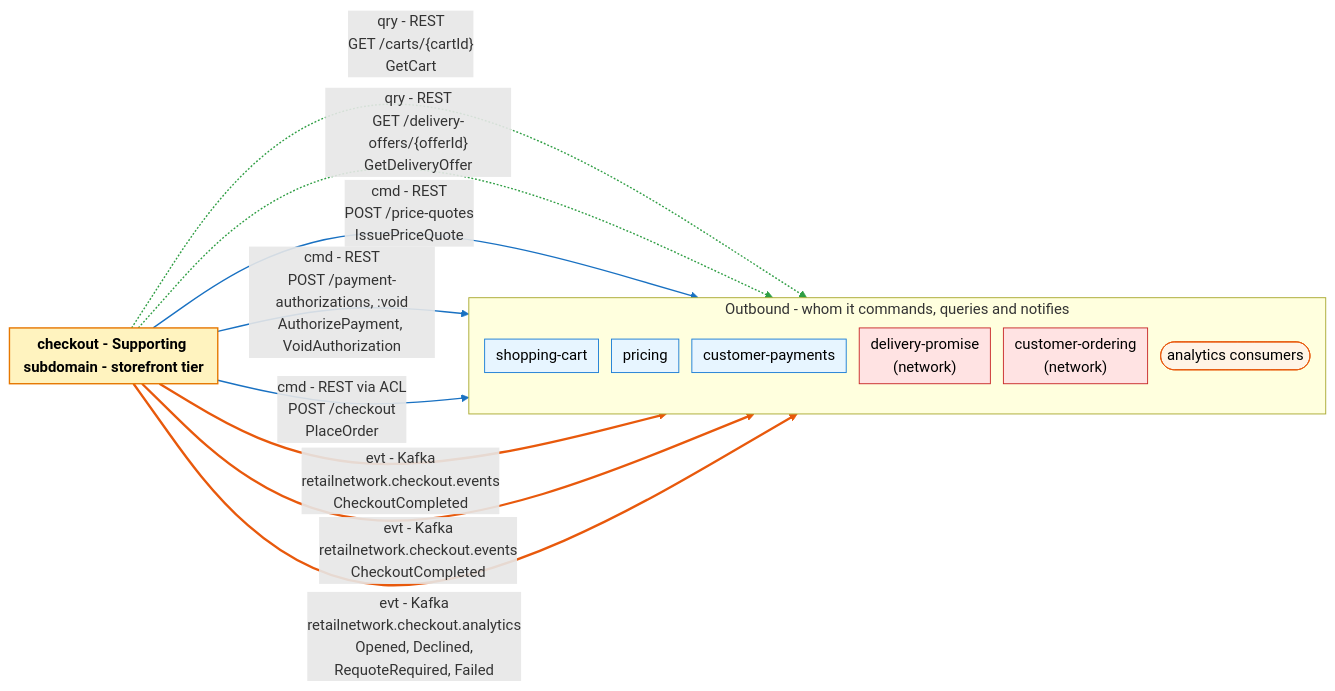
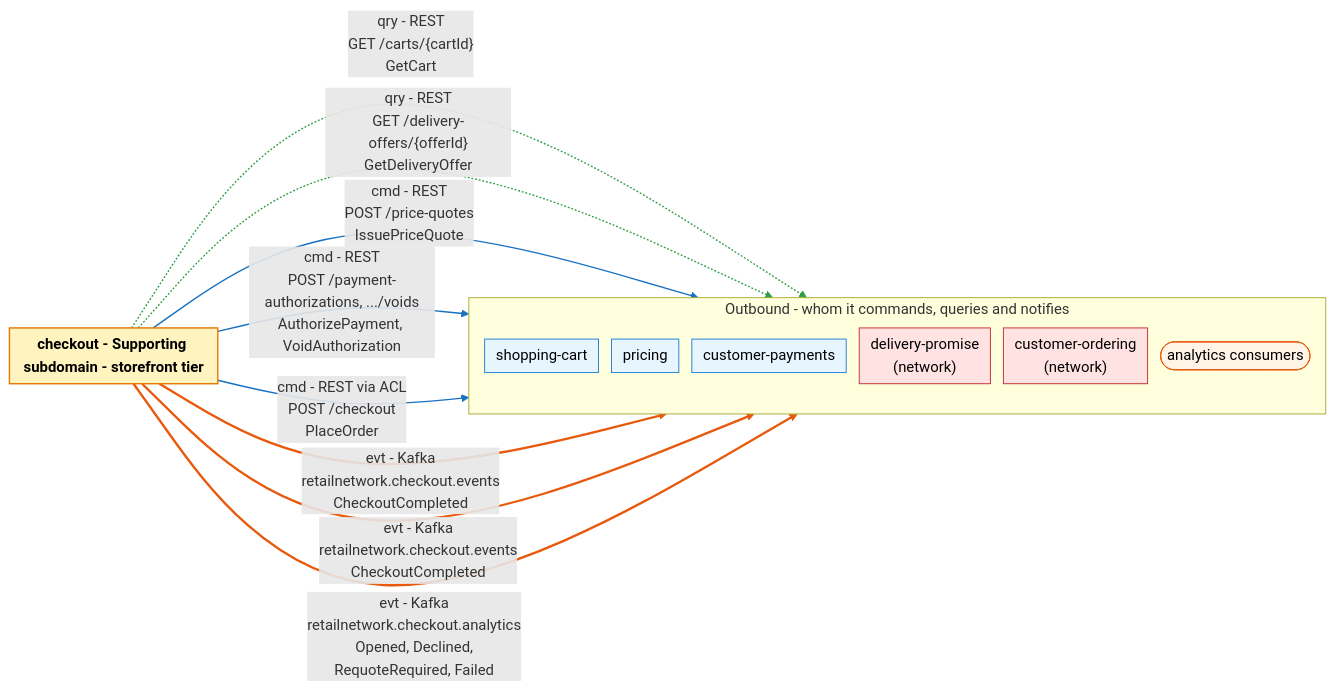
The second of 2 diagrams in storefront/docs/contexts/checkout/bounded-context-canvas.md (IQVO/warehouse-docs), drawn with Mermaid before and after one commit. The commit also changed 12 other files, not shown here.

Commit message:
docs(storefront): customer-payments pack follows the ruling (sequential second authorize is 200, duplicate-authorization only on the concurrent race) and current void route

````diff
--- a/storefront/docs/contexts/checkout/bounded-context-canvas.md
+++ b/storefront/docs/contexts/checkout/bounded-context-canvas.md
@@ -59,34 +59,34 @@
 ```mermaid
 %%{init: {"flowchart": {"nodeSpacing": 14, "rankSpacing": 40, "padding": 6}}}%%
 flowchart LR
     classDef bc fill:#fff3bf,stroke:#e67700,stroke-width:1.5px,color:#000
     classDef ctx fill:#e7f5ff,stroke:#1c7ed6,color:#000
     classDef actor fill:#fff4e6,stroke:#e8590c,color:#000
     classDef net fill:#ffe3e3,stroke:#c92a2a,color:#000
     BC["<b>checkout - Supporting subdomain - storefront tier</b>"]:::bc
     subgraph OUT["Outbound - whom it commands, queries and notifies"]
         direction TB
         out0["shopping-cart"]:::ctx
         out1["pricing"]:::ctx
         out2["customer-payments"]:::ctx
         out3["delivery-promise<br/>(network)"]:::net
         out4["customer-ordering<br/>(network)"]:::net
         out5(["analytics consumers"]):::actor
     end
     BC -.->|"qry - REST<br/>GET /carts/{cartId}<br/>GetCart"| out0
     BC -.->|"qry - REST<br/>GET /delivery-offers/{offerId}<br/>GetDeliveryOffer"| out3
     BC -->|"cmd - REST<br/>POST /price-quotes<br/>IssuePriceQuote"| out1
-    BC -->|"cmd - REST<br/>POST /payment-authorizations, :void<br/>AuthorizePayment, VoidAuthorization"| out2
+    BC -->|"cmd - REST<br/>POST /payment-authorizations, .../voids<br/>AuthorizePayment, VoidAuthorization"| out2
     BC -->|"cmd - REST via ACL<br/>POST /checkout<br/>PlaceOrder"| out4
     BC ==>|"evt - Kafka<br/>retailnetwork.checkout.events<br/>CheckoutCompleted"| out0
     BC ==>|"evt - Kafka<br/>retailnetwork.checkout.events<br/>CheckoutCompleted"| out2
     BC ==>|"evt - Kafka<br/>retailnetwork.checkout.analytics<br/>Opened, Declined,<br/>RequoteRequired, Failed"| out5
     linkStyle 0 stroke:#2f9e44,stroke-width:1.5px
     linkStyle 1 stroke:#2f9e44,stroke-width:1.5px
     linkStyle 2 stroke:#1971c2,stroke-width:1.5px
     linkStyle 3 stroke:#1971c2,stroke-width:1.5px
     linkStyle 4 stroke:#1971c2,stroke-width:1.5px
     linkStyle 5 stroke:#e8590c,stroke-width:2.5px
     linkStyle 6 stroke:#e8590c,stroke-width:2.5px
     linkStyle 7 stroke:#e8590c,stroke-width:2.5px
 ```
````
